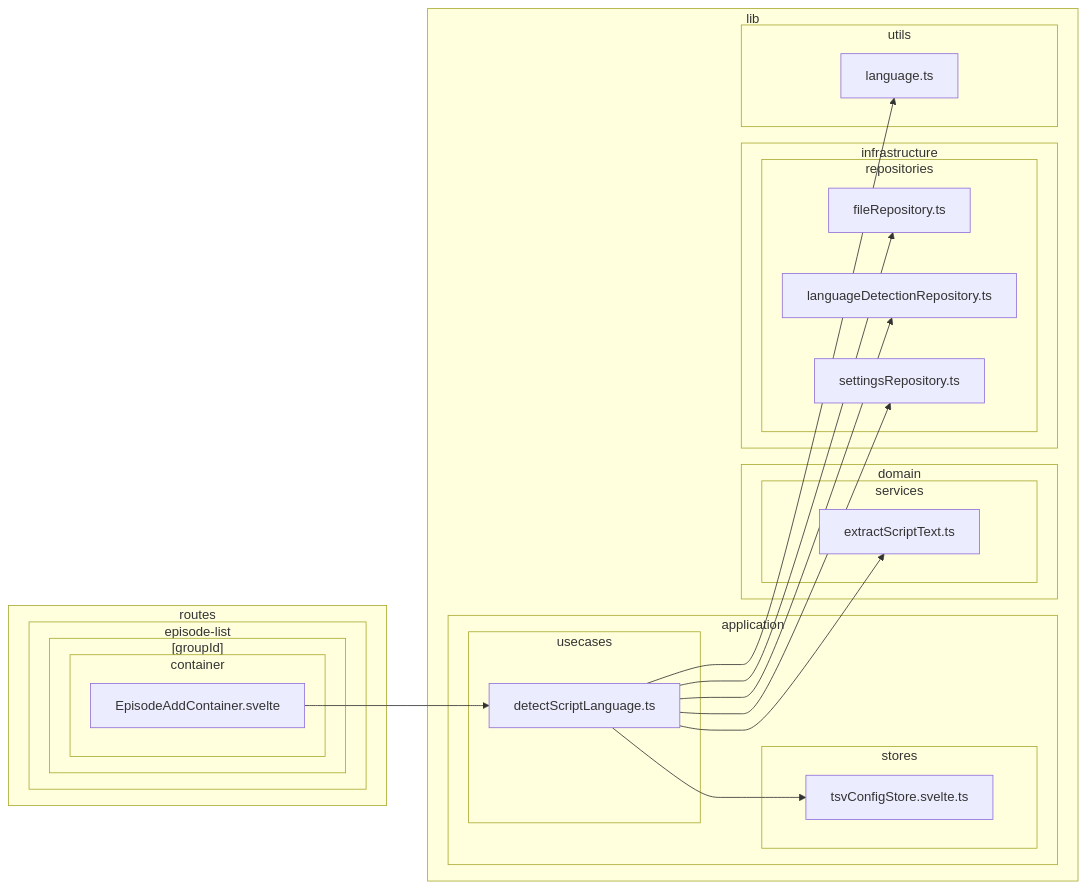
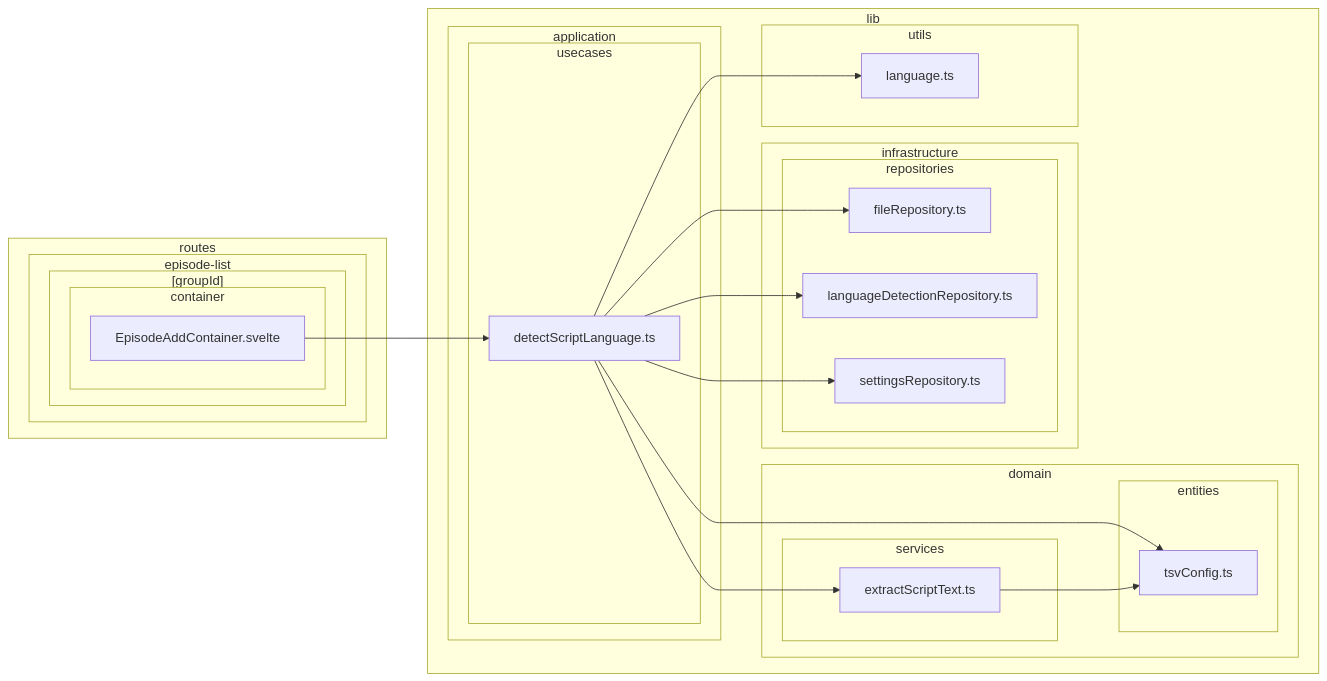
Diagram 11 of 38 in doc/dependency-graph.md (k5n/kotonoha), drawn with Mermaid before and after one commit. The commit also changed other lines of this file and 3 other files, not shown here.

Commit message:
refactor: integrate TsvConfig into TTS execution flow and update dependency graphs

````diff
--- a/doc/dependency-graph.md
+++ b/doc/dependency-graph.md
@@ -498,44 +499,45 @@
 ```mermaid
 graph LR
         subgraph sg_lib ["lib"]
             subgraph sg_lib_application ["application"]
-                subgraph sg_lib_application_stores ["stores"]
-                    src_lib_application_stores_tsvConfigStore_svelte_ts["tsvConfigStore.svelte.ts"]
-                end
                 subgraph sg_lib_application_usecases ["usecases"]
                     src_lib_application_usecases_detectScriptLanguage_ts["detectScriptLanguage.ts"]
                 end
             end
             subgraph sg_lib_domain ["domain"]
+                subgraph sg_lib_domain_entities ["entities"]
+                    src_lib_domain_entities_tsvConfig_ts["tsvConfig.ts"]
+                end
                 subgraph sg_lib_domain_services ["services"]
                     src_lib_domain_services_extractScriptText_ts["extractScriptText.ts"]
                 end
             end
             subgraph sg_lib_infrastructure ["infrastructure"]
                 subgraph sg_lib_infrastructure_repositories ["repositories"]
                     src_lib_infrastructure_repositories_fileRepository_ts["fileRepository.ts"]
                     src_lib_infrastructure_repositories_languageDetectionRepository_ts["languageDetectionRepository.ts"]
                     src_lib_infrastructure_repositories_settingsRepository_ts["settingsRepository.ts"]
                 end
             end
             subgraph sg_lib_utils ["utils"]
                 src_lib_utils_language_ts["language.ts"]
             end
         end
         subgraph sg_routes ["routes"]
             subgraph sg_routes_episode_list ["episode-list"]
                 subgraph sg_routes_episode_list__groupId_ ["[groupId]"]
                     subgraph sg_routes_episode_list__groupId__container ["container"]
                         src_routes_episode_list__groupId__container_EpisodeAddContainer_svelte["EpisodeAddContainer.svelte"]
                     end
                 end
             end
         end
-    src_lib_application_usecases_detectScriptLanguage_ts --> src_lib_application_stores_tsvConfigStore_svelte_ts
+    src_lib_application_usecases_detectScriptLanguage_ts --> src_lib_domain_entities_tsvConfig_ts
     src_lib_application_usecases_detectScriptLanguage_ts --> src_lib_domain_services_extractScriptText_ts
     src_lib_application_usecases_detectScriptLanguage_ts --> src_lib_infrastructure_repositories_fileRepository_ts
     src_lib_application_usecases_detectScriptLanguage_ts --> src_lib_infrastructure_repositories_languageDetectionRepository_ts
     src_lib_application_usecases_detectScriptLanguage_ts --> src_lib_infrastructure_repositories_settingsRepository_ts
     src_lib_application_usecases_detectScriptLanguage_ts --> src_lib_utils_language_ts
+    src_lib_domain_services_extractScriptText_ts --> src_lib_domain_entities_tsvConfig_ts
     src_routes_episode_list__groupId__container_EpisodeAddContainer_svelte --> src_lib_application_usecases_detectScriptLanguage_ts
 ```
````
